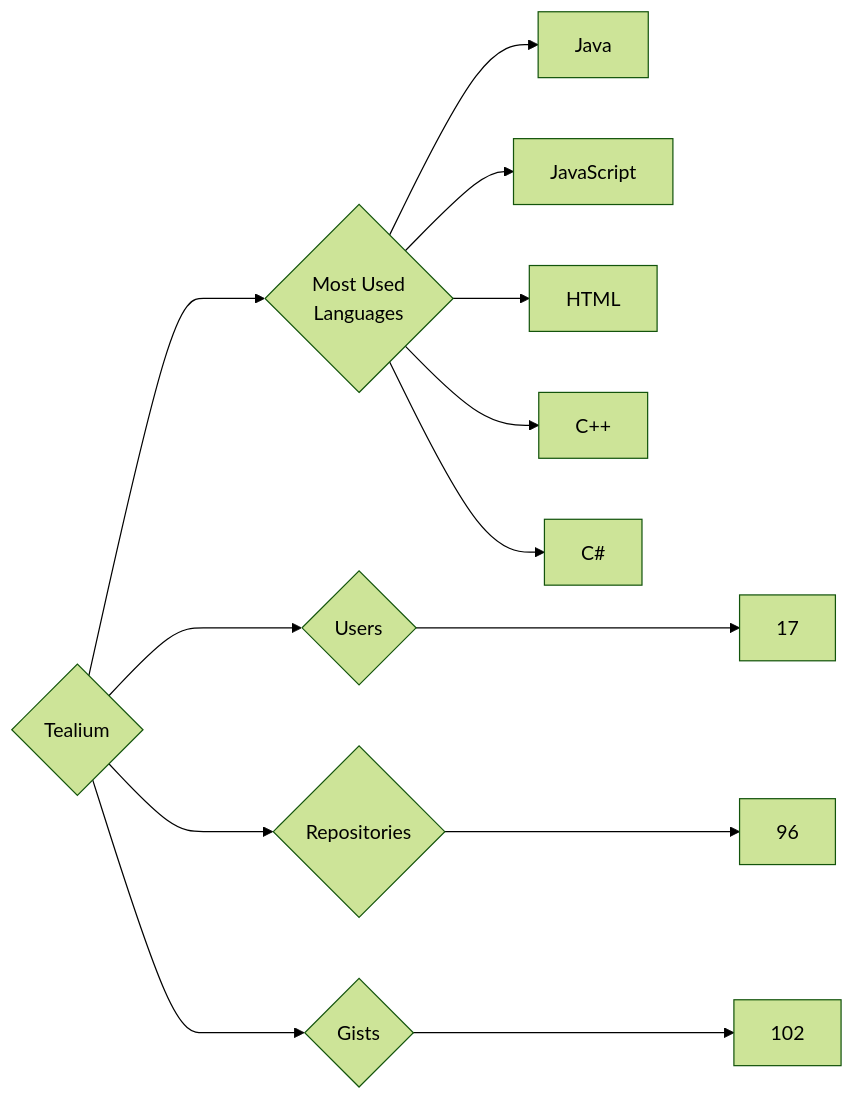
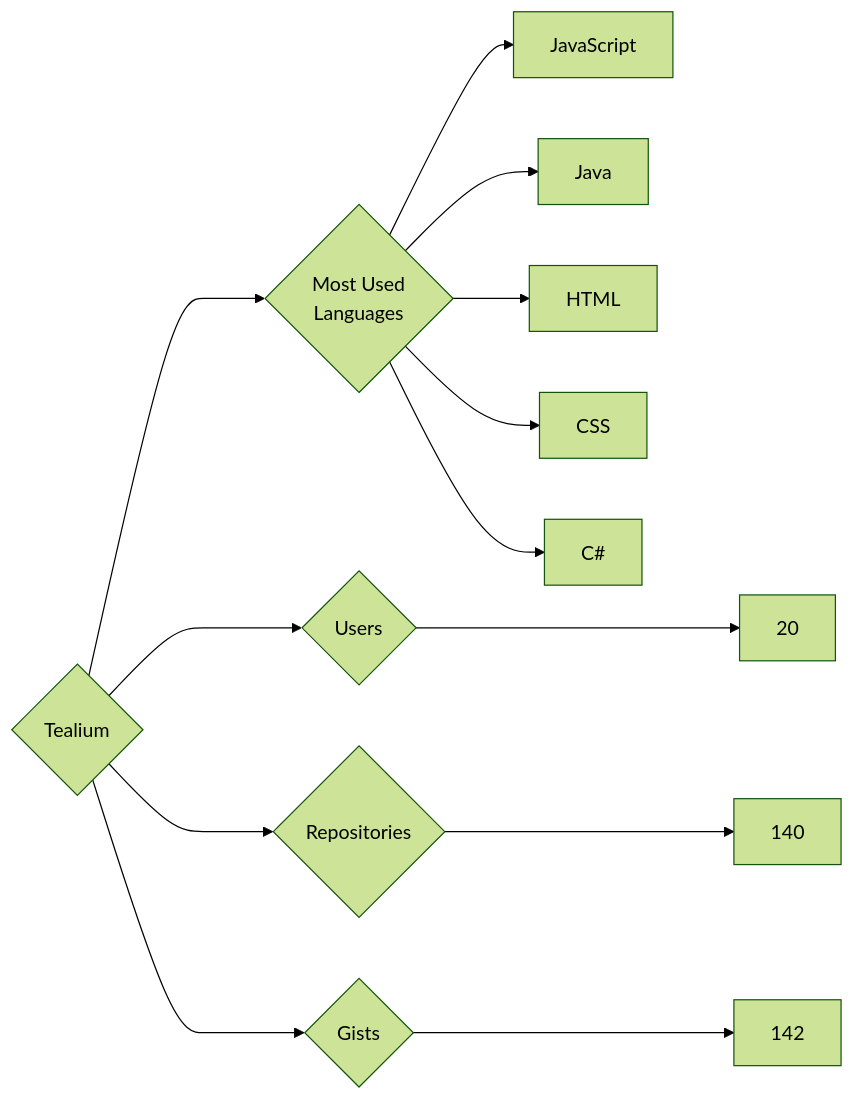
One commit to trickest/insiders changed the diagram in targets/Tealium/README.md. Above: the diagram before and after it, drawn with Mermaid (forest theme). The commit also changed 898 other files, not shown here.

````diff
--- a/targets/Tealium/README.md
+++ b/targets/Tealium/README.md
@@ -3,13 +3,13 @@
 ```mermaid
 graph LR
 COMPANY_NAME{Tealium}
-COMPANY_NAME ---> U{Users} ---> UN[17]
-COMPANY_NAME ---> R{Repositories} ---> RN[96]
-COMPANY_NAME ---> G{Gists} ---> GN[102]
+COMPANY_NAME ---> U{Users} ---> UN[20]
+COMPANY_NAME ---> R{Repositories} ---> RN[140]
+COMPANY_NAME ---> G{Gists} ---> GN[142]
 COMPANY_NAME ---> ML{Most Used<br>Languages}
+ML --> JavaScript[JavaScript]
 ML --> Java[Java]
-ML --> JavaScript[JavaScript]
 ML --> HTML[HTML]
-ML --> C++[C++]
+ML --> CSS[CSS]
 ML --> C#[C#]
 ```
````
